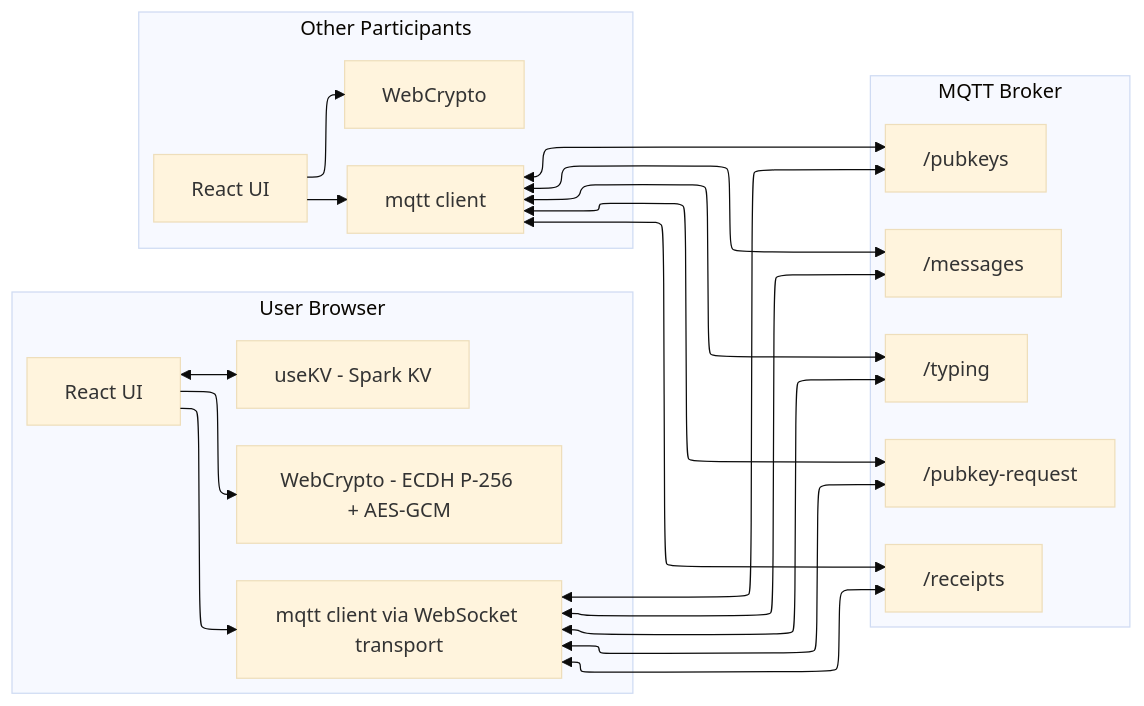
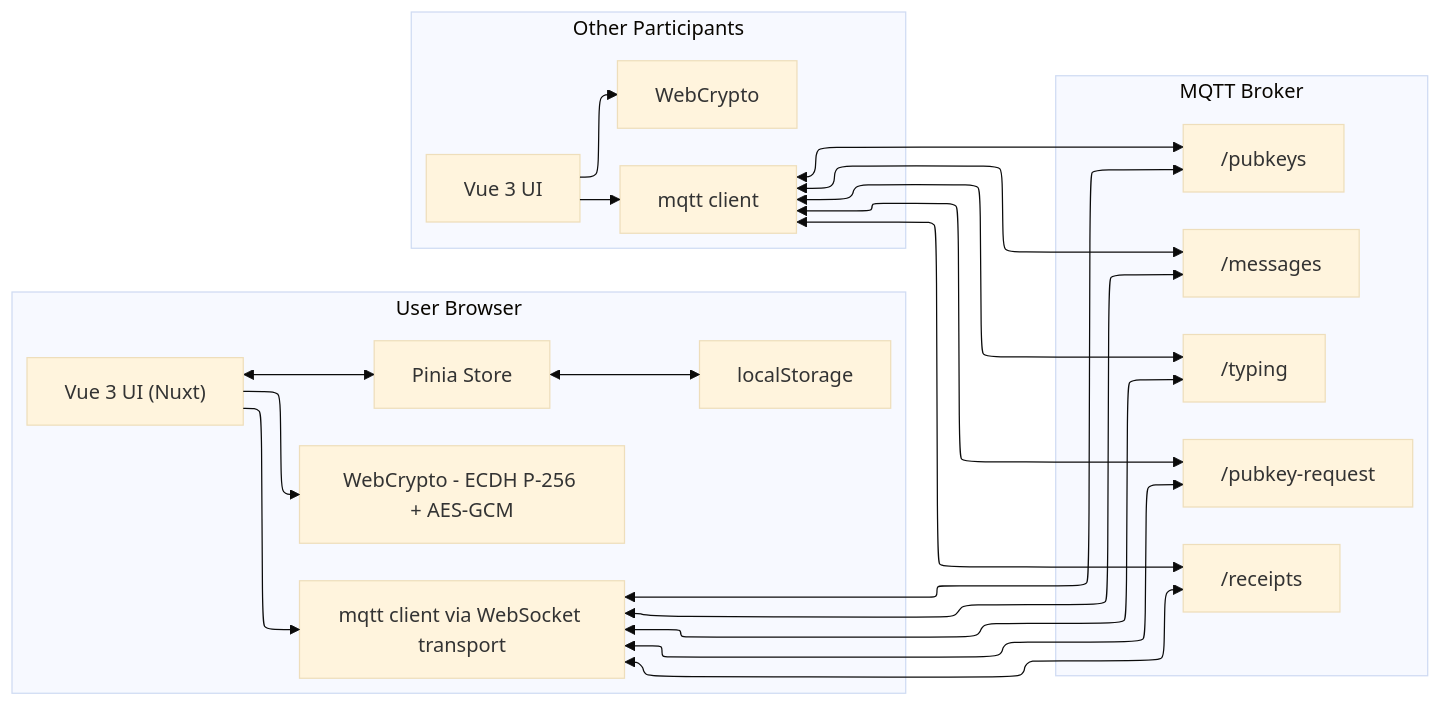
Before and after one commit to daveio/chat: the fourth of 5 diagrams in .github/copilot-instructions.md, drawn with Mermaid (base theme). The commit also changed other lines of this file, not shown here.

First line of the commit message:
📝 Update documentation to reflect Nuxt 4 / Vue 3 implementation

````diff
--- a/.github/copilot-instructions.md
+++ b/.github/copilot-instructions.md
@@ -577,31 +603,33 @@
 ```mermaid
 ---
 config:
   layout: elk
 id: e423e91c-58d1-4d5e-9bf1-812d33e9d598
 ---
 flowchart LR
  subgraph Browser["User Browser"]
-        UI["React UI"]
-        KV["useKV - Spark KV"]
+        UI["Vue 3 UI (Nuxt)"]
+        Store["Pinia Store"]
+        LS["localStorage"]
         Crypto["WebCrypto - ECDH P-256 + AES-GCM"]
         MQTTClient["mqtt client via WebSocket transport"]
   end
  subgraph Broker["MQTT Broker"]
         T1["/messages"]
         T2["/typing"]
         T3["/pubkeys"]
         T4["/pubkey-request"]
         T5["/receipts"]
   end
  subgraph OtherBrowsers["Other Participants"]
-        PeerUI["React UI"]
+        PeerUI["Vue 3 UI"]
         PeerCrypto["WebCrypto"]
         PeerMQTT["mqtt client"]
   end
     UI --> Crypto & MQTTClient
-    UI <--> KV
+    UI <--> Store
+    Store <--> LS
     MQTTClient <--> T1 & T2 & T3 & T4 & T5
     PeerUI --> PeerCrypto & PeerMQTT
     PeerMQTT <--> T1 & T2 & T3 & T4 & T5
 ```
````
